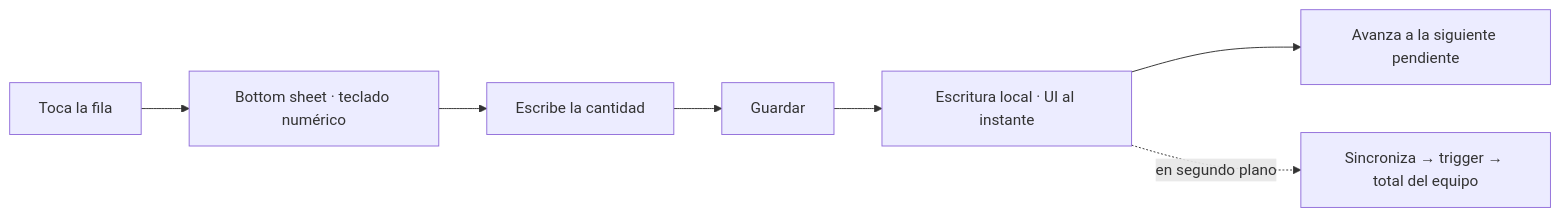
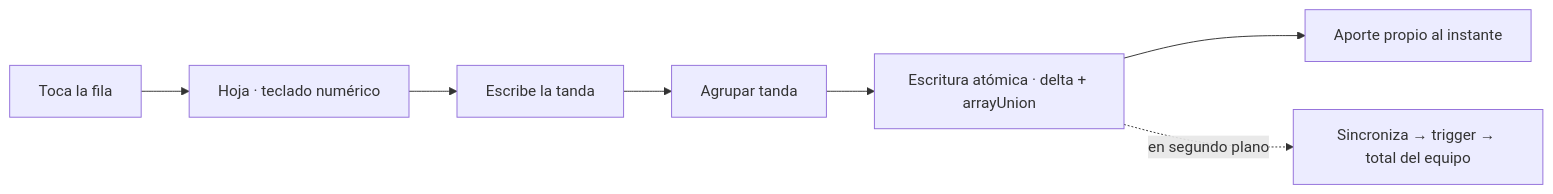
Before and after one commit to jab16jy/inventory-tally: the second of 3 diagrams in docs/diseno/11-ux-y-navegacion.md, drawn with Mermaid. The commit also changed other lines of this file and 8 other files, not shown here.

````diff
--- a/docs/diseno/11-ux-y-navegacion.md
+++ b/docs/diseno/11-ux-y-navegacion.md
@@ -186,9 +186,9 @@
 ```mermaid
 flowchart LR
-    A["Toca la fila"] --> B["Bottom sheet · teclado numérico"]
-    B --> C["Escribe la cantidad"]
-    C --> D["Guardar"]
-    D --> E["Escritura local · UI al instante"]
-    E --> F["Avanza a la siguiente pendiente"]
+    A["Toca la fila"] --> B["Hoja · teclado numérico"]
+    B --> C["Escribe la tanda"]
+    C --> D["Agrupar tanda"]
+    D --> E["Escritura atómica · delta + arrayUnion"]
+    E --> F["Aporte propio al instante"]
     E -.->|"en segundo plano"| G["Sincroniza → trigger → total del equipo"]
 ```
````
